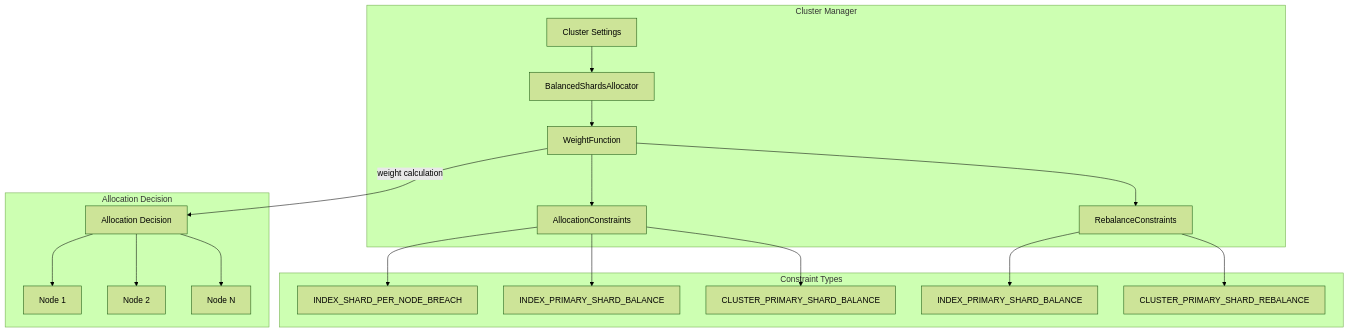
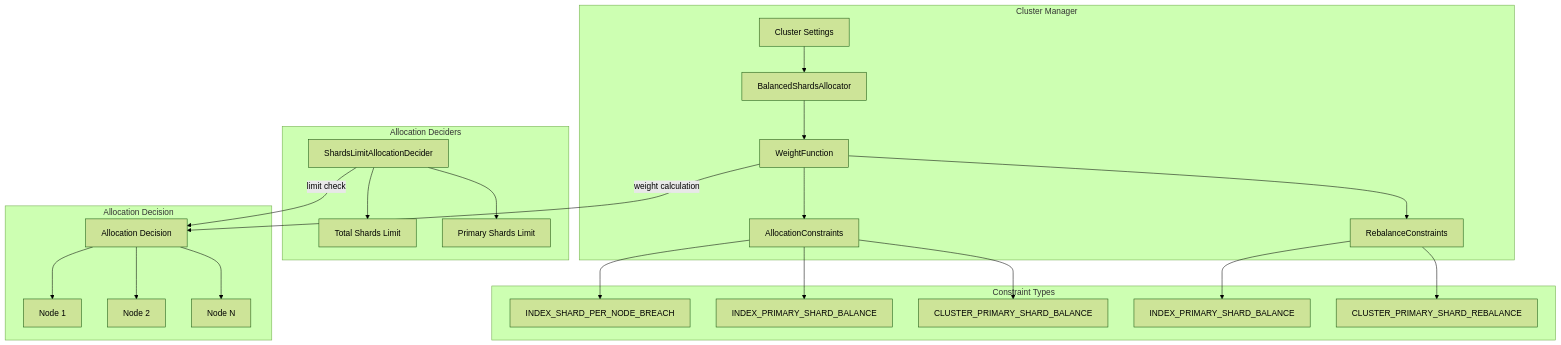
The diagram in docs/features/opensearch/shard-allocation.md (tkykenmt/opensearch-feature-explorer), drawn with Mermaid (forest theme) before and after one commit. The commit also changed other lines of this file and 2 other files, not shown here.

````diff
--- a/docs/features/opensearch/shard-allocation.md
+++ b/docs/features/opensearch/shard-allocation.md
@@ -11,24 +11,31 @@
 ```mermaid
 graph TB
     subgraph "Cluster Manager"
         CS[Cluster Settings] --> BSA[BalancedShardsAllocator]
         BSA --> WF[WeightFunction]
         WF --> AC[AllocationConstraints]
         WF --> RC[RebalanceConstraints]
+    end
+    
+    subgraph "Allocation Deciders"
+        SLAD[ShardsLimitAllocationDecider]
+        SLAD --> TSL[Total Shards Limit]
+        SLAD --> PSL[Primary Shards Limit]
     end
     
     subgraph "Constraint Types"
         AC --> ISPN[INDEX_SHARD_PER_NODE_BREACH]
         AC --> IPSB[INDEX_PRIMARY_SHARD_BALANCE]
         AC --> CPSB[CLUSTER_PRIMARY_SHARD_BALANCE]
         RC --> IPSB2[INDEX_PRIMARY_SHARD_BALANCE]
         RC --> CPSR[CLUSTER_PRIMARY_SHARD_REBALANCE]
     end
     
     subgraph "Allocation Decision"
         WF --> |weight calculation| AD[Allocation Decision]
+        SLAD --> |limit check| AD
         AD --> N1[Node 1]
         AD --> N2[Node 2]
         AD --> N3[Node N]
     end
 ```
````
